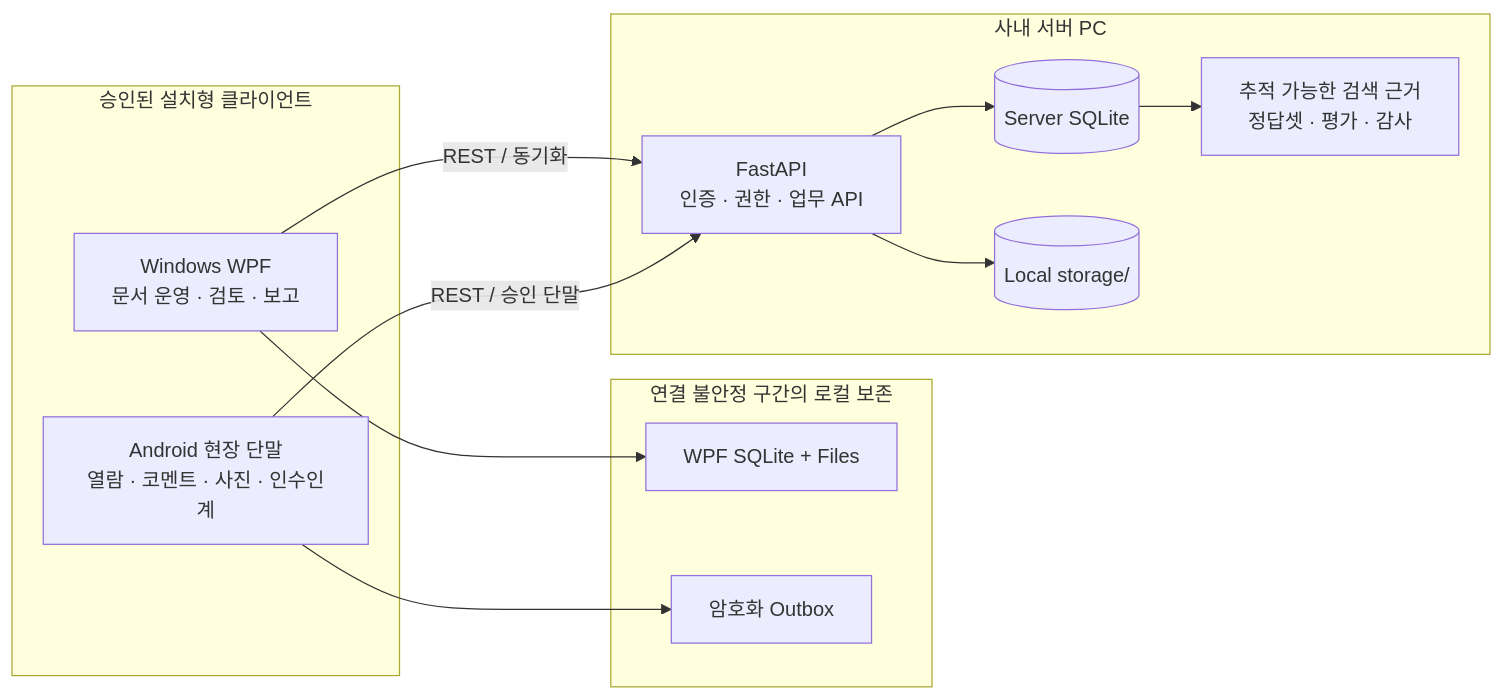
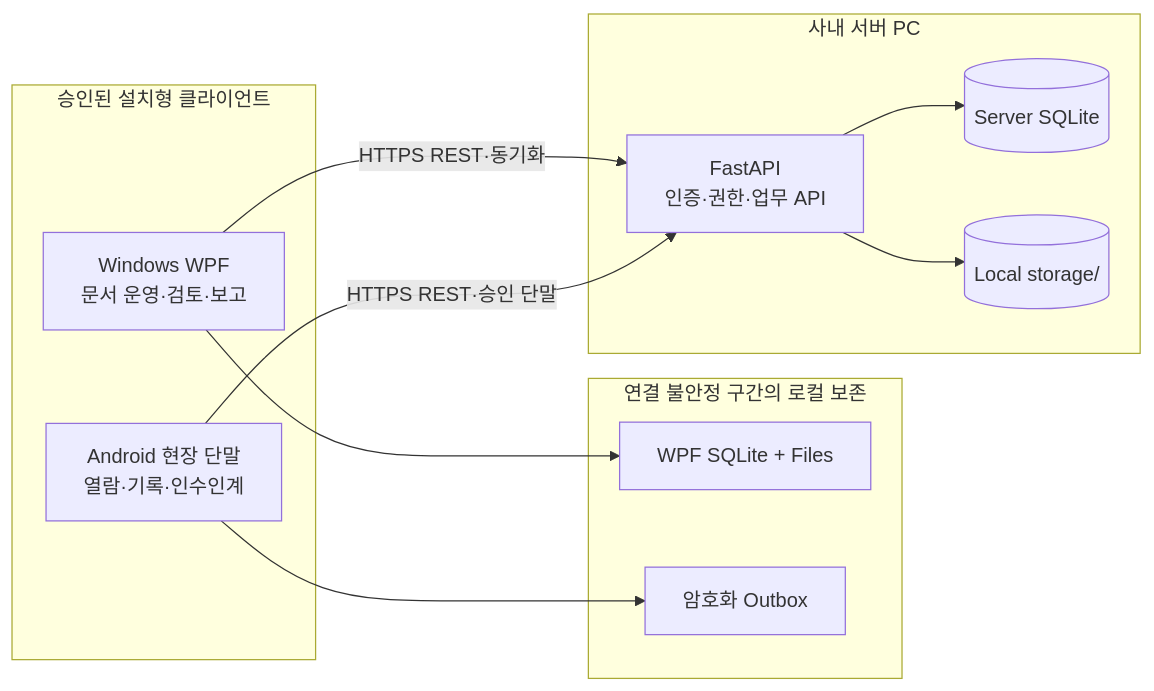
One commit to Marker-Inc-Korea/FlowNote changed the second of 2 diagrams in README.md. Above: the diagram before and after it, drawn with Mermaid. The commit also changed other lines of this file and 59 other files, not shown here.

First line of the commit message:
FlowNote 연구 문서와 공개 기준 정리

````diff
--- a/README.md
+++ b/README.md
@@ -48,27 +44,25 @@
 ```mermaid
 flowchart LR
     subgraph Clients["승인된 설치형 클라이언트"]
-        WPF["Windows WPF<br/>문서 운영 · 검토 · 보고"]
-        Android["Android 현장 단말<br/>열람 · 코멘트 · 사진 · 인수인계"]
+        WPF["Windows WPF<br/>문서 운영·검토·보고"]
+        Android["Android 현장 단말<br/>열람·기록·인수인계"]
     end
 
     subgraph Local["연결 불안정 구간의 로컬 보존"]
         WPFLocal["WPF SQLite + Files"]
         AndroidLocal["암호화 Outbox"]
     end
 
     subgraph Server["사내 서버 PC"]
-        API["FastAPI<br/>인증 · 권한 · 업무 API"]
+        API["FastAPI<br/>인증·권한·업무 API"]
         DB[("Server SQLite")]
         Storage[("Local storage/")]
-        Evidence["추적 가능한 검색 근거<br/>정답셋 · 평가 · 감사"]
     end
 
     WPF --> WPFLocal
     Android --> AndroidLocal
-    WPF -->|REST / 동기화| API
-    Android -->|REST / 승인 단말| API
+    WPF -->|"HTTPS REST·동기화"| API
+    Android -->|"HTTPS REST·승인 단말"| API
     API --> DB
     API --> Storage
-    DB --> Evidence
 ```
````
